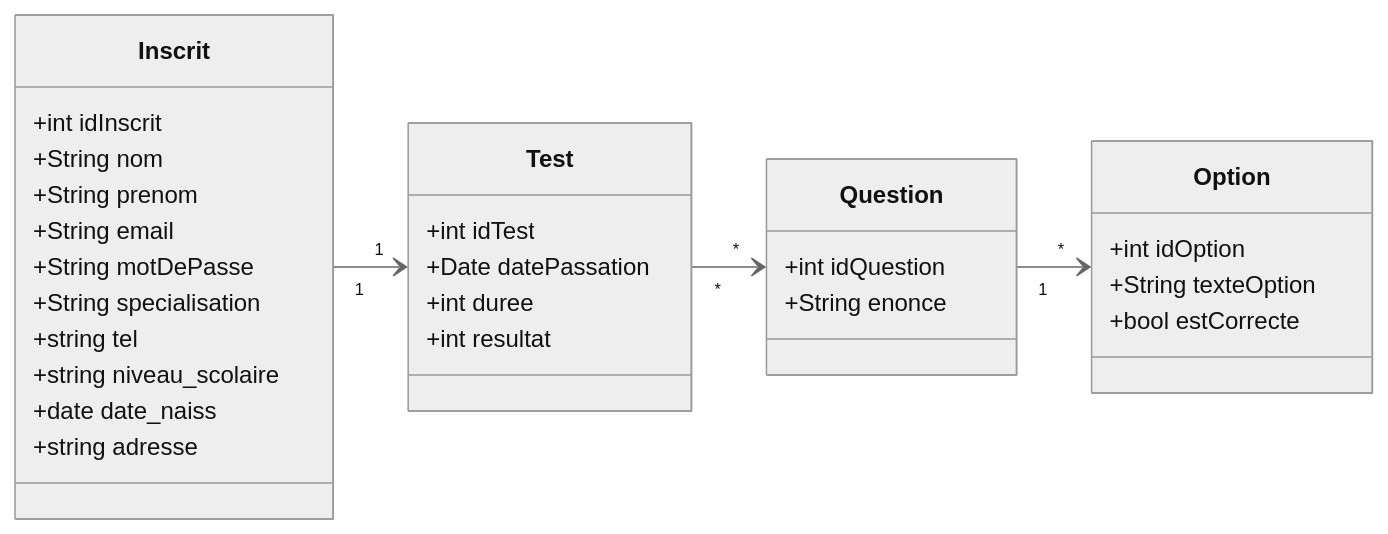
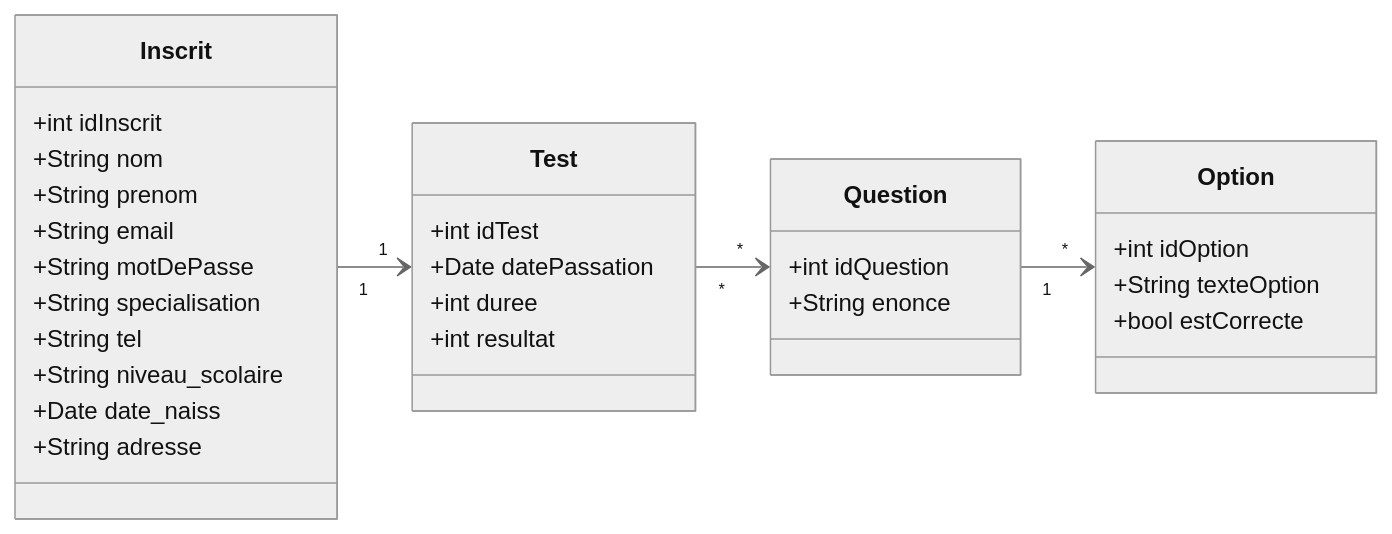
One commit to samiaBoug/Soli_LMS_Test_Inscription changed the diagram in Conception/diagrame_de_class/test_inscription.mmd. Above: the diagram before and after it, drawn with Mermaid (neutral theme). The commit also changed other lines of this file and 14 other files, not shown here.

```diff
--- a/Conception/diagrame_de_class/test_inscription.mmd
+++ b/Conception/diagrame_de_class/test_inscription.mmd
@@ -1,37 +1,37 @@
 classDiagram
 direction LR
+
     class Inscrit {
         +int idInscrit
         +String nom
         +String prenom
         +String email
         +String motDePasse
         +String specialisation
-        +string tel
-        +string niveau_scolaire
-        +date date_naiss
-        +string adresse
+        +String tel
+        +String niveau_scolaire
+        +Date date_naiss
+        +String adresse
     }
 
     class Test {
         +int idTest
         +Date datePassation
         +int duree
         +int resultat
     }
-  
+
     class Question {
         +int idQuestion
         +String enonce
     }
+
     class Option {
         +int idOption
         +String texteOption
         +bool estCorrecte
     }
 
-  
-
     Inscrit "1" --> "1" Test 
-    Test "*" --> "*" Question
-    Question "1" --> "*" Option     
+    Test "*" --> "*" Question 
+    Question "1" --> "*" Option 
```
